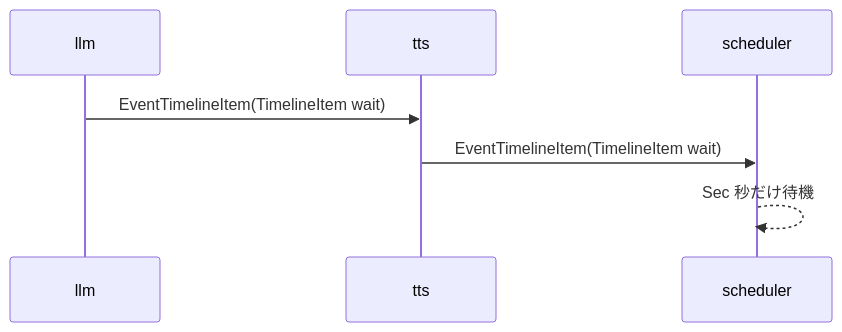
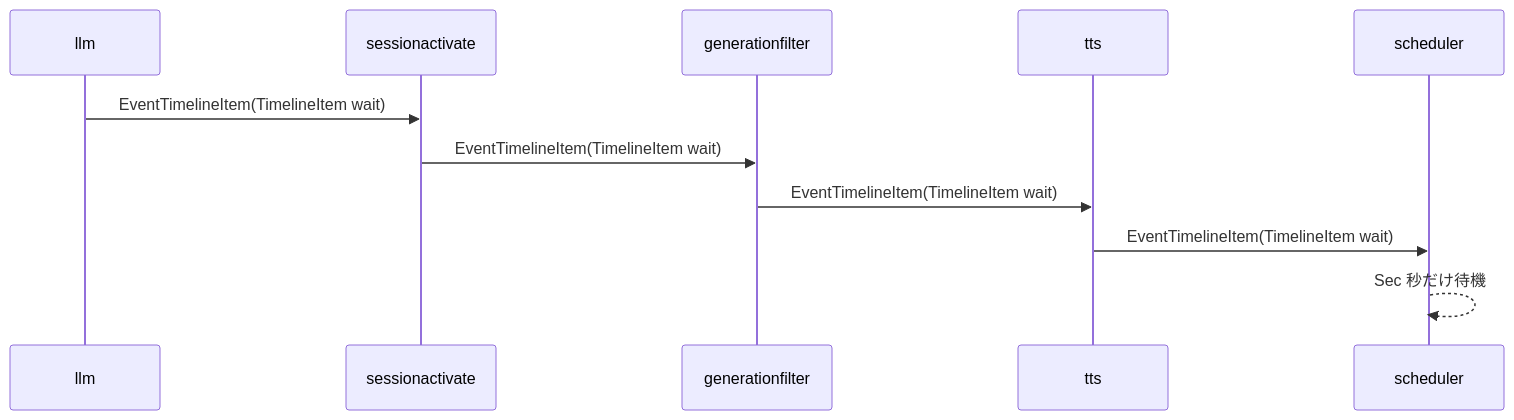
The second of 3 diagrams in docs/components/tts.md (tetetratra/smart-speaker), drawn with Mermaid before and after one commit. The commit also changed other lines of this file and 8 other files, not shown here.

````diff
--- a/docs/components/tts.md
+++ b/docs/components/tts.md
@@ -86,10 +88,14 @@
 ```mermaid
 sequenceDiagram
   participant LLM as llm
+  participant SA as sessionactivate
+  participant GF as generationfilter
   participant TTS as tts
   participant SCH as scheduler
 
-  LLM->>TTS: EventTimelineItem(TimelineItem wait)
+  LLM->>SA: EventTimelineItem(TimelineItem wait)
+  SA->>GF: EventTimelineItem(TimelineItem wait)
+  GF->>TTS: EventTimelineItem(TimelineItem wait)
   TTS->>SCH: EventTimelineItem(TimelineItem wait)
   SCH-->>SCH: Sec 秒だけ待機
 ```
````
